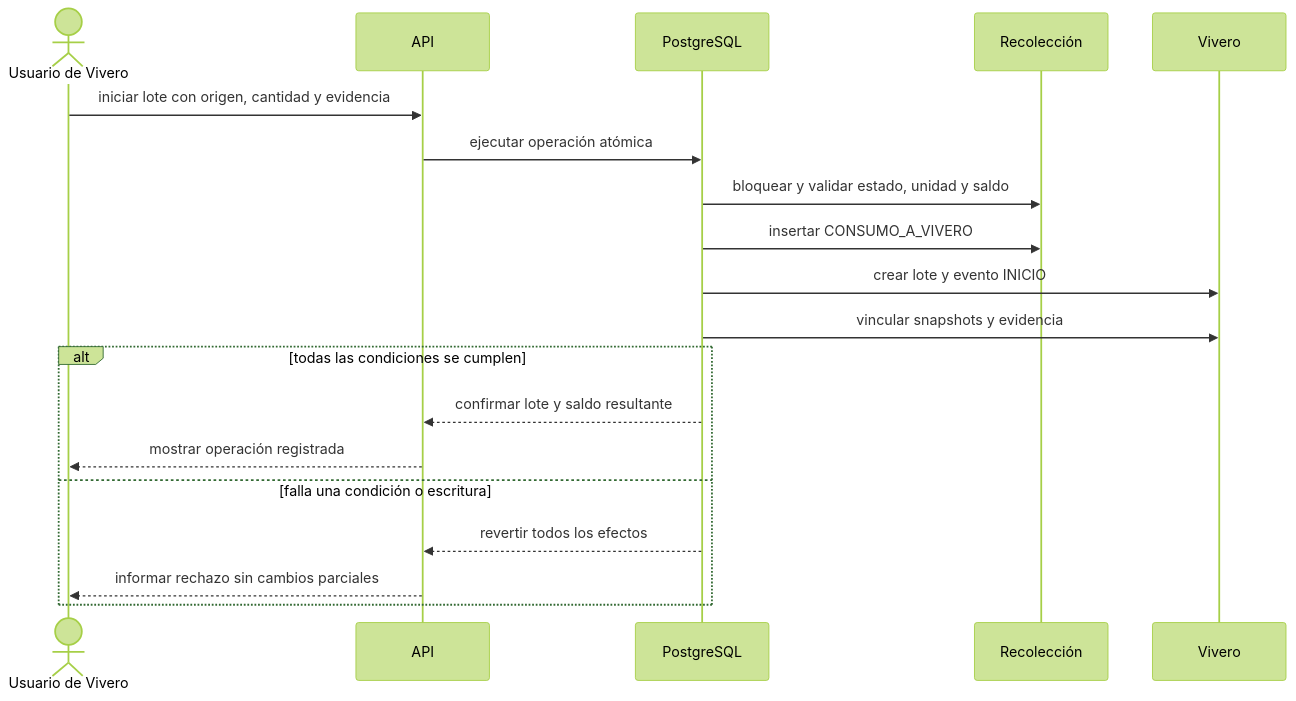
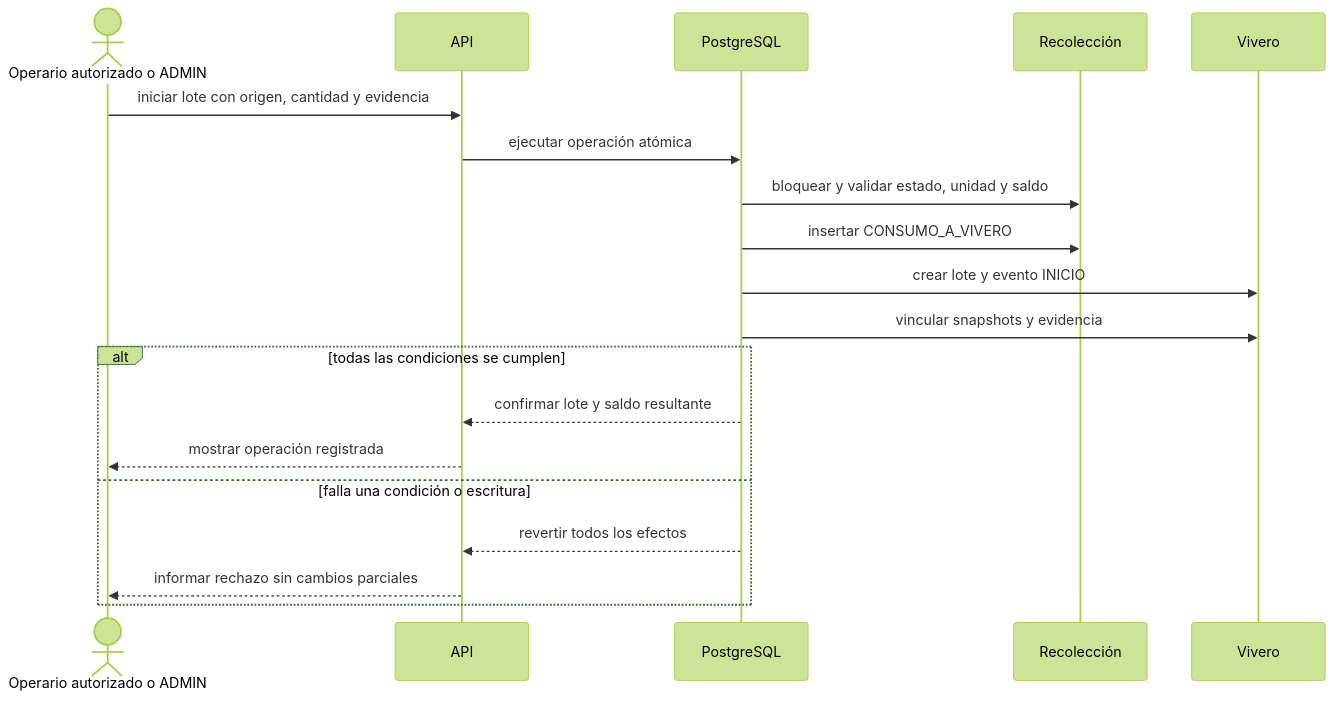
Diagram 13 of 18 in documentacion-grado/06_entregables/proyecto_grado/03_2_fase_elaboracion.md (R3foresta/r3foresta-docs), drawn with Mermaid (forest theme) before and after one commit. The commit also changed other lines of this file and 13 other files, not shown here.

Commit message:
docs: consolidar Elaboración RUP con diagramas actualizados

````diff
--- a/documentacion-grado/06_entregables/proyecto_grado/03_2_fase_elaboracion.md
+++ b/documentacion-grado/06_entregables/proyecto_grado/03_2_fase_elaboracion.md
@@ -470,21 +588,21 @@
 ```mermaid
 sequenceDiagram
-  actor U as Usuario de Vivero
+  actor U as Operario autorizado o ADMIN
   participant A as API
   participant B as PostgreSQL
   participant R as Recolección
   participant V as Vivero
   U->>A: iniciar lote con origen, cantidad y evidencia
   A->>B: ejecutar operación atómica
   B->>R: bloquear y validar estado, unidad y saldo
   B->>R: insertar CONSUMO_A_VIVERO
   B->>V: crear lote y evento INICIO
   B->>V: vincular snapshots y evidencia
   alt todas las condiciones se cumplen
     B-->>A: confirmar lote y saldo resultante
     A-->>U: mostrar operación registrada
   else falla una condición o escritura
     B-->>A: revertir todos los efectos
     A-->>U: informar rechazo sin cambios parciales
   end
 ```
````
